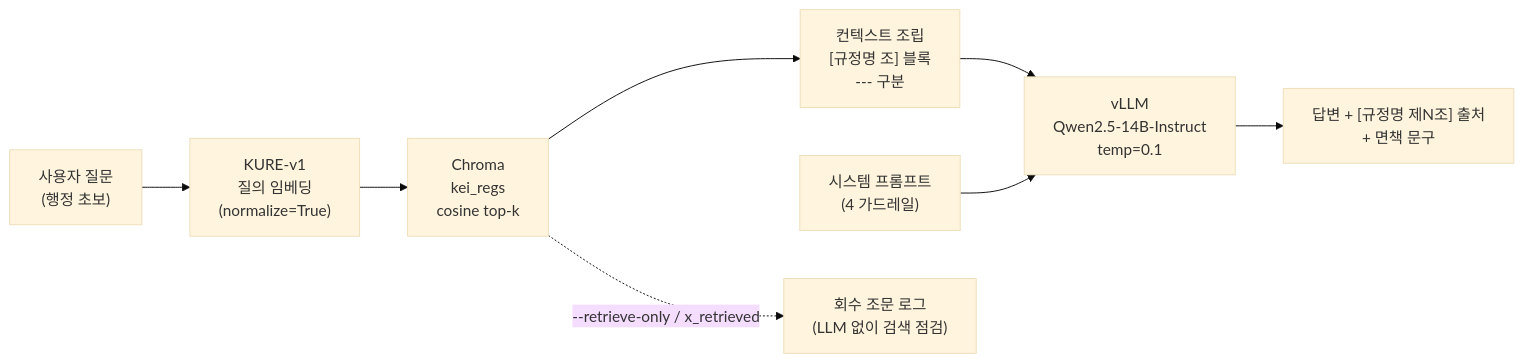
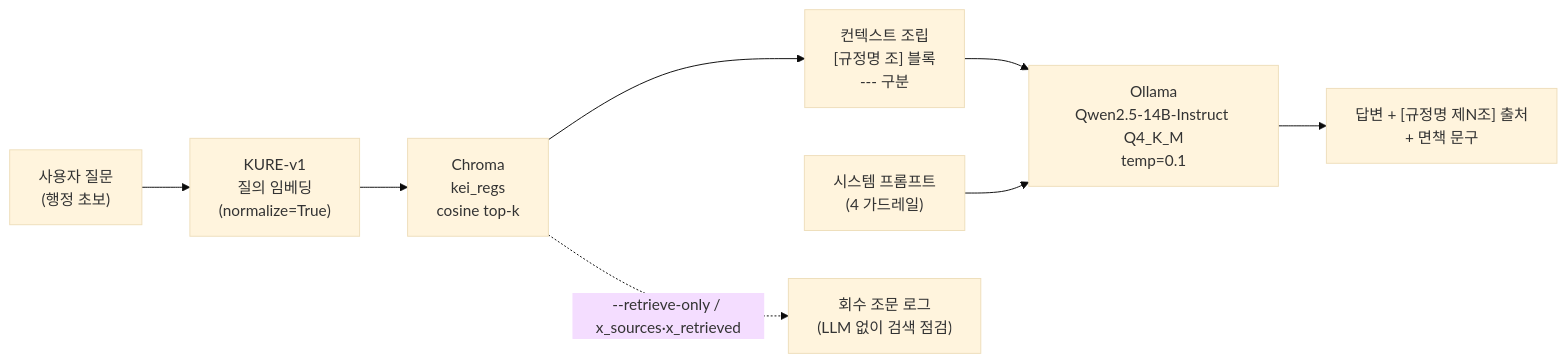
The first of 3 diagrams in docs/05-rag-design.md (mooner92/KEIAdminSuperv), drawn with Mermaid (base theme) before and after one commit. The commit also changed other lines of this file and 4 other files, not shown here.

First line of the commit message:
docs: vLLM→Ollama 현실 반영 + 비서 통합·필터·드로어·PM2 배포 정합화

````diff
--- a/docs/05-rag-design.md
+++ b/docs/05-rag-design.md
@@ -14,10 +14,10 @@
 ```mermaid
 flowchart LR
   Q["사용자 질문<br/>(행정 초보)"] --> EMB["KURE-v1<br/>질의 임베딩<br/>(normalize=True)"]
   EMB --> CH["Chroma<br/>kei_regs<br/>cosine top-k"]
   CH --> CTX["컨텍스트 조립<br/>[규정명 조] 블록<br/>--- 구분"]
-  CTX --> LLM["vLLM<br/>Qwen2.5-14B-Instruct<br/>temp=0.1"]
+  CTX --> LLM["Ollama<br/>Qwen2.5-14B-Instruct Q4_K_M<br/>temp=0.1"]
   SYS["시스템 프롬프트<br/>(4 가드레일)"] --> LLM
   LLM --> ANS["답변 + [규정명 제N조] 출처<br/>+ 면책 문구"]
-  CH -.->|--retrieve-only / x_retrieved| LOG["회수 조문 로그<br/>(LLM 없이 검색 점검)"]
+  CH -.->|--retrieve-only / x_sources·x_retrieved| LOG["회수 조문 로그<br/>(LLM 없이 검색 점검)"]
 ```
````
